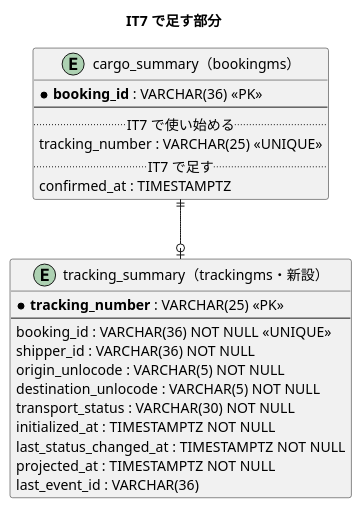
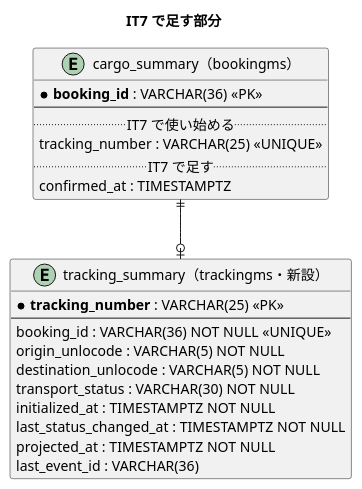
Before and after one commit to k2works/case-study-cargo-tracker: the third of 4 diagrams in docs/development/cargo-tracker/iteration_plan-7.md, drawn with PlantUML. The commit also changed other lines of this file and 1 other file, not shown here.

````diff
--- a/docs/development/cargo-tracker/iteration_plan-7.md
+++ b/docs/development/cargo-tracker/iteration_plan-7.md
@@ -243,30 +268,29 @@
 ```plantuml
 @startuml
 title IT7 で足す部分
 
 entity "cargo_summary（bookingms）" as cargo {
   * **booking_id** : VARCHAR(36) <<PK>>
   --
   ..IT7 で使い始める..
   tracking_number : VARCHAR(25) <<UNIQUE>>
   ..IT7 で足す..
   confirmed_at : TIMESTAMPTZ
 }
 
 entity "tracking_summary（trackingms・新設）" as ts {
   * **tracking_number** : VARCHAR(25) <<PK>>
   --
   booking_id : VARCHAR(36) NOT NULL <<UNIQUE>>
-  shipper_id : VARCHAR(36) NOT NULL
   origin_unlocode : VARCHAR(5) NOT NULL
   destination_unlocode : VARCHAR(5) NOT NULL
   transport_status : VARCHAR(30) NOT NULL
   initialized_at : TIMESTAMPTZ NOT NULL
   last_status_changed_at : TIMESTAMPTZ NOT NULL
   projected_at : TIMESTAMPTZ NOT NULL
   last_event_id : VARCHAR(36)
 }
 
 cargo ||--o| ts
 @enduml
 ```
````
